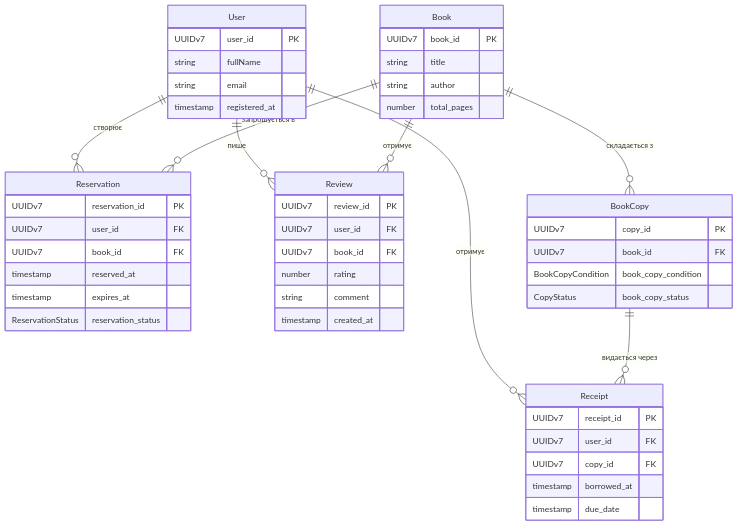
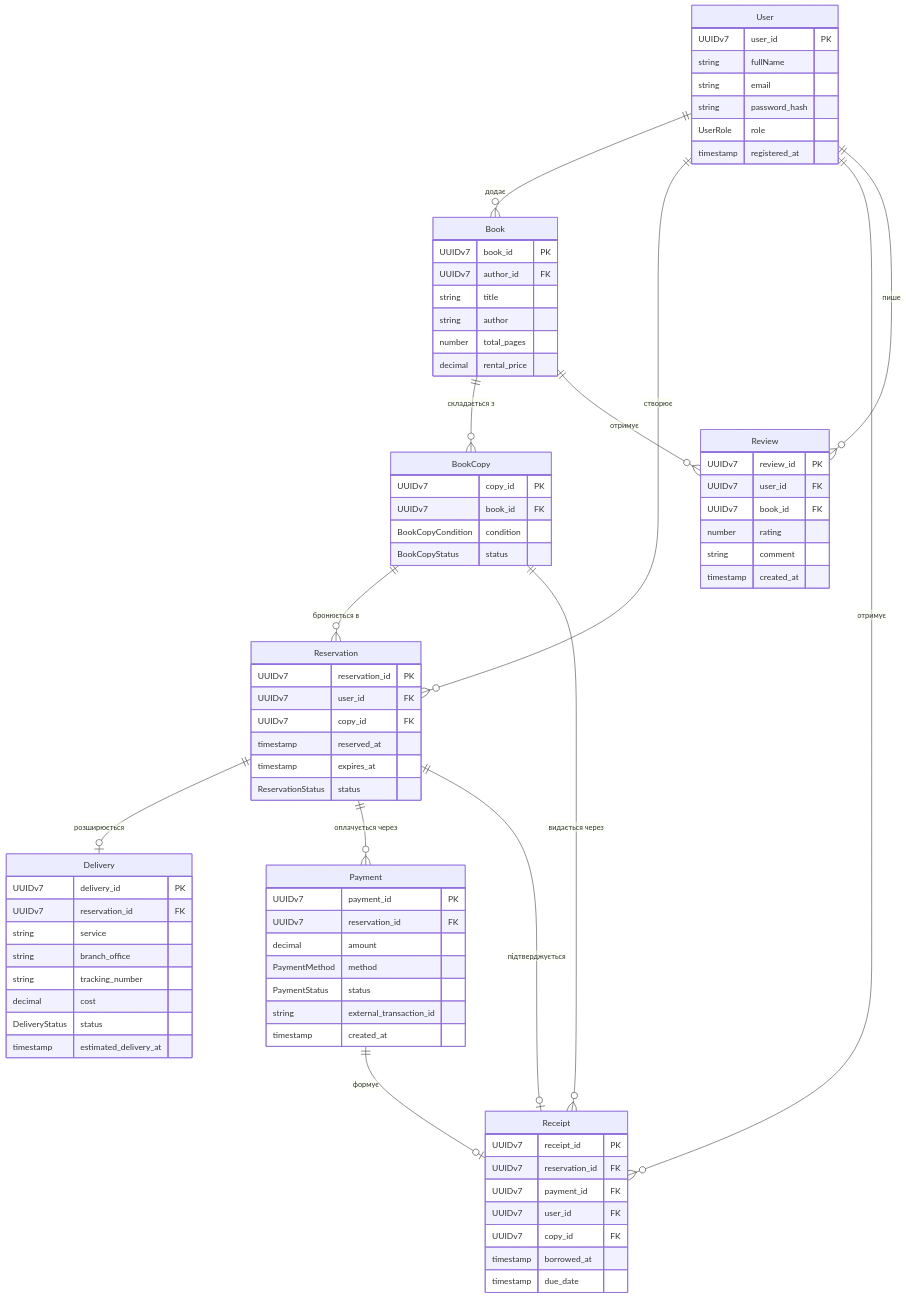
One commit to dimpennn/KPI-2 changed the diagram in Lab1/ERD.mmd. Above: the diagram before and after it, drawn with Mermaid. The commit also changed 1 other file, not shown here.

Commit message:
feat: refactor ERD and spec.md from Lab1 It was needed to meet all new requirments from Lab2 and future Lab3

```diff
--- a/Lab1/ERD.mmd
+++ b/Lab1/ERD.mmd
@@ -1,57 +1,91 @@
 erDiagram
+    User ||--o{ Book : "додає"
     User ||--o{ Reservation : "створює"
     User ||--o{ Receipt : "отримує"
     User ||--o{ Review : "пише"
 
     Book ||--o{ BookCopy : "складається з"
-    Book ||--o{ Reservation : "запрошується в"
     Book ||--o{ Review : "отримує"
 
+    BookCopy ||--o{ Reservation : "бронюється в"
     BookCopy ||--o{ Receipt : "видається через"
+
+    Reservation ||--o| Delivery : "розширюється"
+    Reservation ||--o{ Payment : "оплачується через"
+    Reservation ||--o| Receipt : "підтверджується"
+
+    Payment ||--o| Receipt : "формує"
 
     User {
         UUIDv7 user_id PK
         string fullName
         string email
+        string password_hash
+        UserRole role
         timestamp registered_at
     }
 
     Book {
         UUIDv7 book_id PK
+        UUIDv7 author_id FK
         string title
         string author
         number total_pages
+        decimal rental_price
     }
 
     BookCopy {
         UUIDv7 copy_id PK
         UUIDv7 book_id FK
-        BookCopyCondition book_copy_condition
-        CopyStatus book_copy_status
+        BookCopyCondition condition
+        BookCopyStatus status
+    }
+
+    Reservation {
+        UUIDv7 reservation_id PK
+        UUIDv7 user_id FK
+        UUIDv7 copy_id FK
+        timestamp reserved_at
+        timestamp expires_at
+        ReservationStatus status
+    }
+
+    Delivery {
+        UUIDv7 delivery_id PK
+        UUIDv7 reservation_id FK
+        string service
+        string branch_office
+        string tracking_number
+        decimal cost
+        DeliveryStatus status
+        timestamp estimated_delivery_at
+    }
+
+    Payment {
+        UUIDv7 payment_id PK
+        UUIDv7 reservation_id FK
+        decimal amount
+        PaymentMethod method
+        PaymentStatus status
+        string external_transaction_id
+        timestamp created_at
+    }
+
+    Receipt {
+        UUIDv7 receipt_id PK
+        UUIDv7 reservation_id FK
+        UUIDv7 payment_id FK
+        UUIDv7 user_id FK
+        UUIDv7 copy_id FK
+        timestamp borrowed_at
+        timestamp due_date
     }
 
     Review {
         UUIDv7 review_id PK
         UUIDv7 user_id FK
         UUIDv7 book_id FK
         number rating
         string comment
         timestamp created_at
     }
-
-    Receipt {
-        UUIDv7 receipt_id PK
-        UUIDv7 user_id FK
-        UUIDv7 copy_id FK
-        timestamp borrowed_at
-        timestamp due_date
-    }
-
-    Reservation {
-        UUIDv7 reservation_id PK
-        UUIDv7 user_id FK
-        UUIDv7 book_id FK
-        timestamp reserved_at
-        timestamp expires_at
-        ReservationStatus reservation_status
-    }
```
